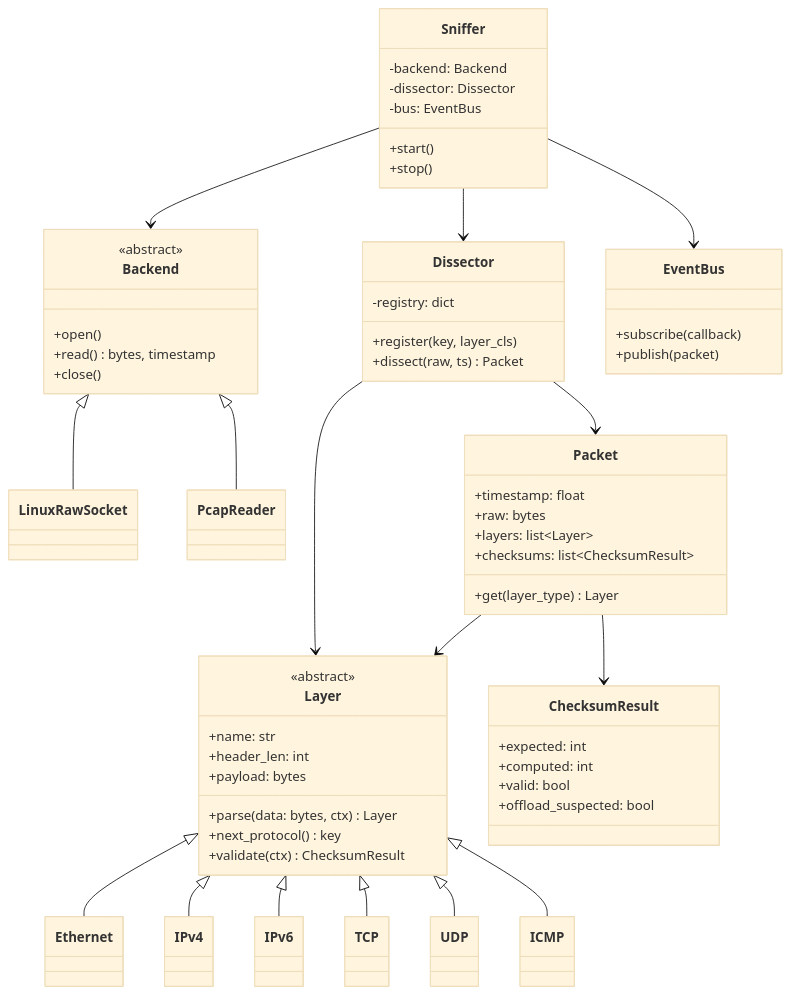
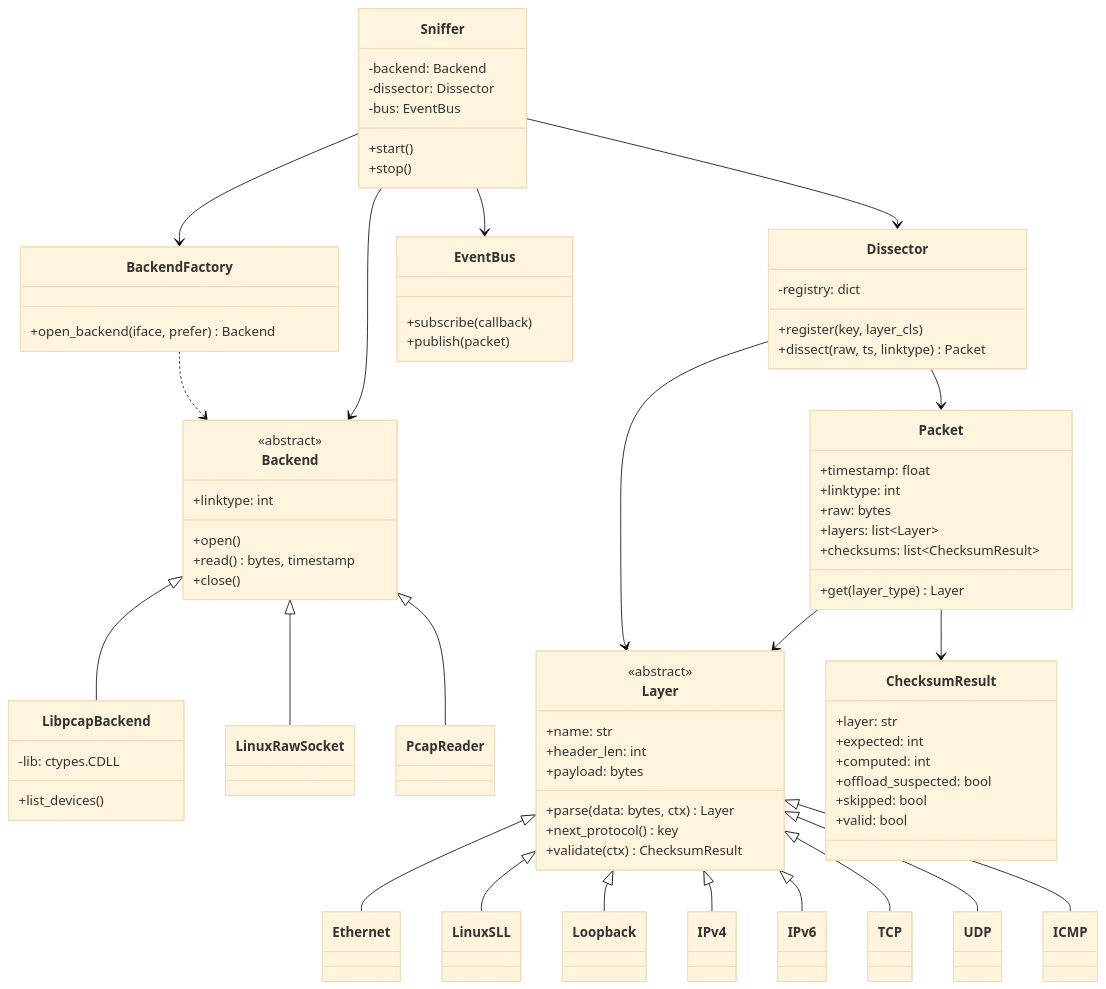
The diagram in docs/diagrams/classes.mmd (Noronhafla/rawpkt), drawn with Mermaid (base theme) before and after one commit. The commit also changed 6 other files, not shown here.

First line of the commit message:
Fix checksum bugs and sync README and diagrams with multiplatform architecture

```diff
--- a/docs/diagrams/classes.mmd
+++ b/docs/diagrams/classes.mmd
@@ -1,69 +1,86 @@
 classDiagram
   class Backend {
     <<abstract>>
+    +linktype: int
     +open()
     +read() bytes, timestamp
     +close()
   }
+  class LibpcapBackend {
+    -lib: ctypes.CDLL
+    +list_devices()
+  }
   class LinuxRawSocket
   class PcapReader
+  Backend <|-- LibpcapBackend
   Backend <|-- LinuxRawSocket
   Backend <|-- PcapReader
+
+  class BackendFactory {
+    +open_backend(iface, prefer) Backend
+  }
+  BackendFactory ..> Backend
 
   class Layer {
     <<abstract>>
     +name: str
     +header_len: int
     +payload: bytes
     +parse(data: bytes, ctx) Layer
     +next_protocol() key
     +validate(ctx) ChecksumResult
   }
   Layer <|-- Ethernet
+  Layer <|-- LinuxSLL
+  Layer <|-- Loopback
   Layer <|-- IPv4
   Layer <|-- IPv6
   Layer <|-- TCP
   Layer <|-- UDP
   Layer <|-- ICMP
 
   class ChecksumResult {
+    +layer: str
     +expected: int
     +computed: int
+    +offload_suspected: bool
+    +skipped: bool
     +valid: bool
-    +offload_suspected: bool
   }
 
   class Packet {
     +timestamp: float
+    +linktype: int
     +raw: bytes
     +layers: list~Layer~
     +checksums: list~ChecksumResult~
     +get(layer_type) Layer
   }
 
   class Dissector {
     -registry: dict
     +register(key, layer_cls)
-    +dissect(raw, ts) Packet
+    +dissect(raw, ts, linktype) Packet
   }
 
   class EventBus {
     +subscribe(callback)
     +publish(packet)
   }
 
   class Sniffer {
     -backend: Backend
     -dissector: Dissector
     -bus: EventBus
     +start()
     +stop()
   }
 
+  Sniffer --> BackendFactory
   Sniffer --> Backend
   Sniffer --> Dissector
   Sniffer --> EventBus
   Dissector --> Layer
   Dissector --> Packet
   Packet --> Layer
   Packet --> ChecksumResult
```
